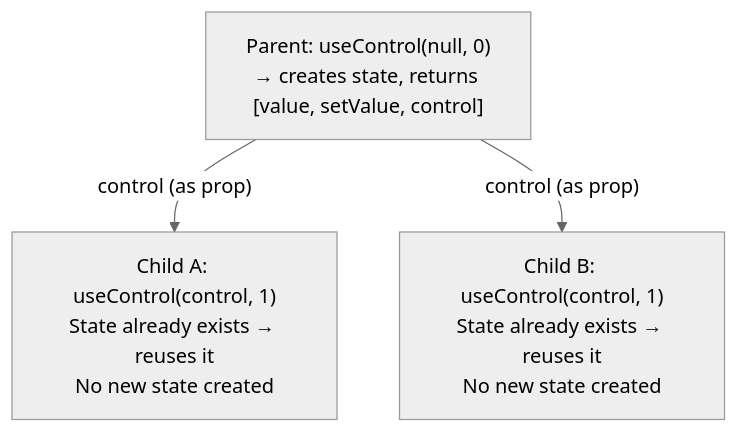
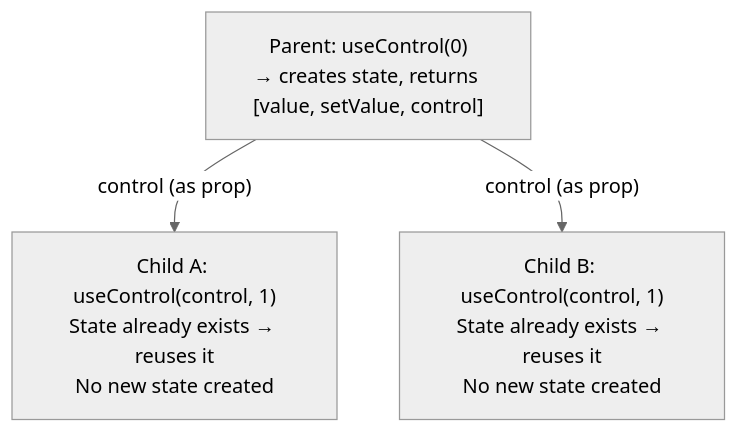
Before and after one commit to wmzy/react-use-control: the diagram in README.md, drawn with Mermaid (neutral theme). The commit also changed other lines of this file and 9 other files, not shown here.

````diff
--- a/README.md
+++ b/README.md
@@ -90,8 +90,8 @@
 ```mermaid
 graph TD
-    P["Parent: useControl(null, 0)<br/>→ creates state, returns [value, setValue, control]"]
+    P["Parent: useControl(0)<br/>→ creates state, returns [value, setValue, control]"]
     P -- "control (as prop)" --> A
     P -- "control (as prop)" --> B
     A["Child A: useControl(control, 1)<br/>State already exists → reuses it<br/>No new state created"]
     B["Child B: useControl(control, 1)<br/>State already exists → reuses it<br/>No new state created"]
 ```
````
